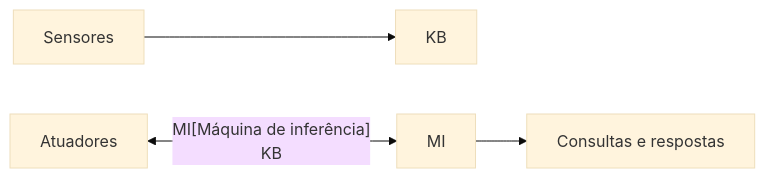
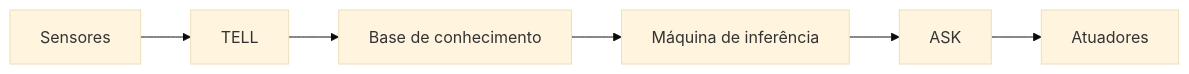
Before and after one commit to tiagofga/EC-IA: the third of 10 diagrams in notas/05-logica/README.md, drawn with Mermaid (base theme). The commit also changed other lines of this file, not shown here.

````diff
--- a/notas/05-logica/README.md
+++ b/notas/05-logica/README.md
@@ -103,7 +98,8 @@
 ```mermaid
 flowchart LR
-    S[Sensores] --> KB[KB]
-    A1[Atuadores] <-- MI[Máquina de inferência]
-    KB --> MI
-    MI --> Q[Consultas e respostas]
+    S["Sensores"] --> T["TELL"]
+    T --> K["Base de conhecimento"]
+    K --> M["Máquina de inferência"]
+    M --> Q["ASK"]
+    Q --> A["Atuadores"]
 ```
````
